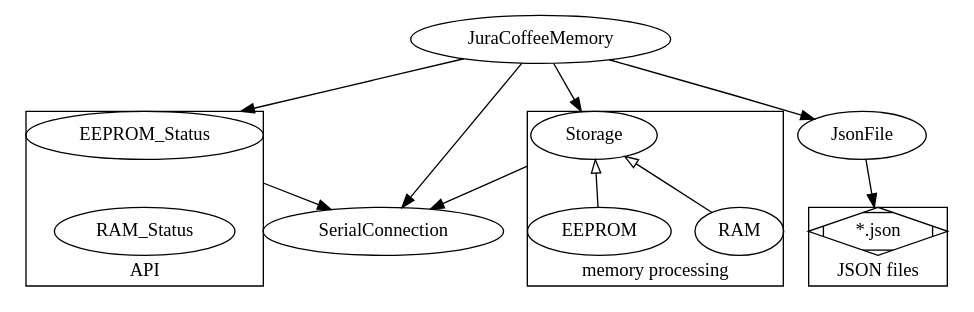
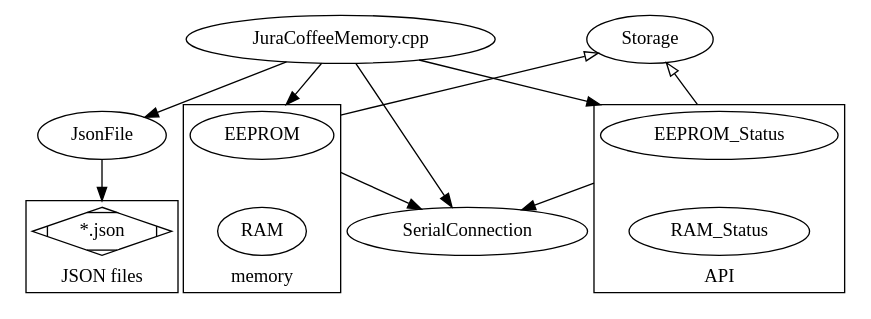
Before and after one commit to bone4/Bachelorarbeit-JuraCoffeeThesis: the diagram in Bachelorarbeit/images/chapter_4/class-structure.dot, drawn with Graphviz. The commit also changed 14 other files, not shown here.

```diff
--- a/Bachelorarbeit/images/chapter_4/class-structure.dot
+++ b/Bachelorarbeit/images/chapter_4/class-structure.dot
@@ -1,39 +1,46 @@
 digraph G {
 	margin=0; // for the pdf output
 	rankdir=TB;
 	compound=true;
 
-	JuraCoffeeMemory;
+// color-definitions.h
 
-	subgraph cluster0 { // API
-		EEPROM_Status -> RAM_Status [style=invis]; // top to bottom
-		label = "API";
-		labelloc = "b";
-	}
+	"JuraCoffeeMemory.cpp";
 
 	JsonFile;
 	subgraph cluster1 { // JSON
+		margin=5;
 		"*.json" [shape=Mdiamond];
 		label = "JSON files";
 		labelloc = "b";
 	}
 	JsonFile -> "*.json" [lhead=cluster1];
 
 	SerialConnection;
 
-	subgraph cluster2 { // Storage
-		edge [arrowtail=onormal dir=back];
-		Storage -> EEPROM;
-		Storage -> RAM;
-		label = "memory processing";
+	Storage;
+	subgraph cluster2 { // memory processing
+		margin=5;
+		EEPROM -> RAM [style=invis]; // top to bottom
+		label = "memory";
+		labelloc = "b";
+	}
+	subgraph cluster0 { // API
+		margin=5;
+		EEPROM_Status -> RAM_Status [style=invis]; // top to bottom
+		label = "API";
 		labelloc = "b";
 	}
 
-	JuraCoffeeMemory -> EEPROM_Status [lhead=cluster0];
-	JuraCoffeeMemory -> JsonFile;
-	JuraCoffeeMemory -> SerialConnection;
-	JuraCoffeeMemory -> Storage [lhead=cluster2];
+	"JuraCoffeeMemory.cpp" -> EEPROM_Status [lhead=cluster0];
+	"JuraCoffeeMemory.cpp" -> JsonFile;
+	"JuraCoffeeMemory.cpp" -> SerialConnection;
+	"JuraCoffeeMemory.cpp" -> EEPROM [lhead=cluster2];
 
+	EEPROM -> SerialConnection [ltail=cluster2];
 	EEPROM_Status -> SerialConnection [ltail=cluster0];
-	Storage -> SerialConnection [ltail=cluster2];
+
+	edge [arrowtail=onormal dir=back];
+	Storage -> EEPROM [lhead=cluster2];
+	Storage -> EEPROM_Status [lhead=cluster0];
 }
```
